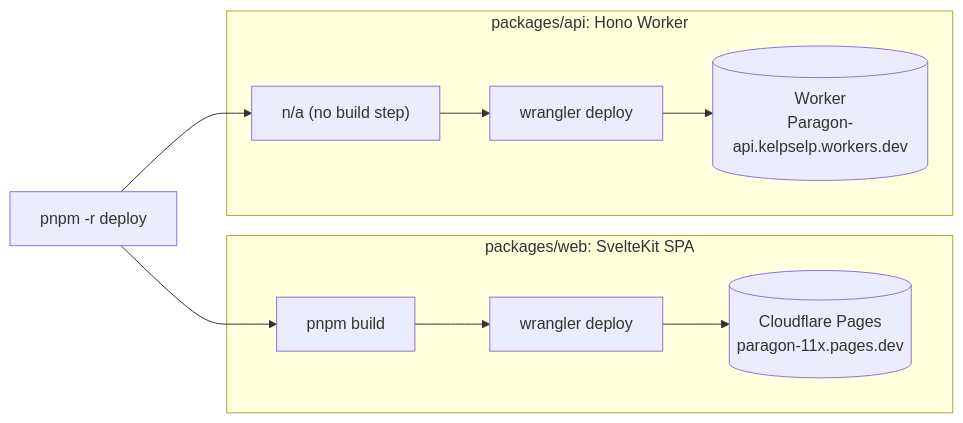
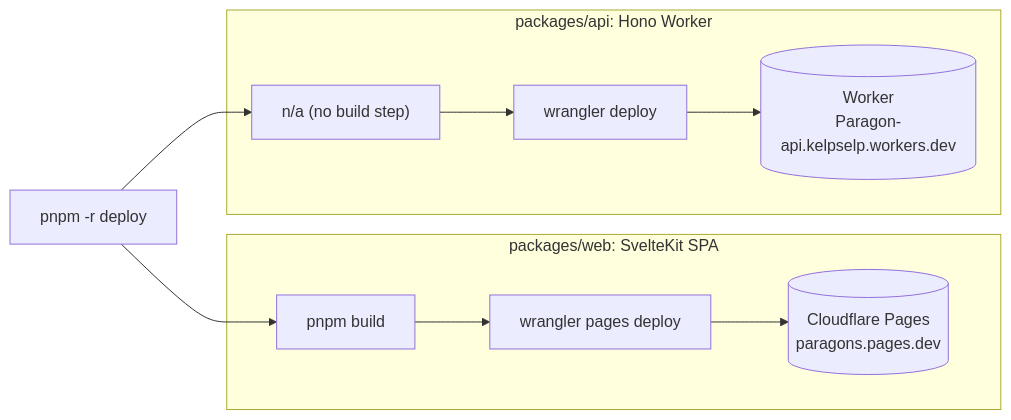
Before and after one commit to Zyxavy/Paragon: the third of 21 diagrams in docs/system-design.md, drawn with Mermaid. The commit also changed other lines of this file and 9 other files, not shown here.

Commit message:
fix: rename Pages domain to paragons.pages.dev and address review issues

````diff
--- a/docs/system-design.md
+++ b/docs/system-design.md
@@ -149,17 +149,17 @@
 ```mermaid
 flowchart LR
     subgraph Web["packages/web: SvelteKit SPA"]
         WBuild["pnpm build"]
-        WDeploy["wrangler deploy"]
-        WS[("Cloudflare Pages<br/>paragon-11x.pages.dev")]
+        WDeploy["wrangler pages deploy"]
+        WS[("Cloudflare Pages<br/>paragons.pages.dev")]
     end
 
     subgraph API["packages/api: Hono Worker"]
         ABuild["n/a (no build step)"]
         ADeploy["wrangler deploy"]
         AS[("Worker<br/>Paragon-api.kelpselp.workers.dev")]
     end
 
     Root["pnpm -r deploy"] --> WBuild --> WDeploy --> WS
     Root --> ABuild --> ADeploy --> AS
 ```
````
